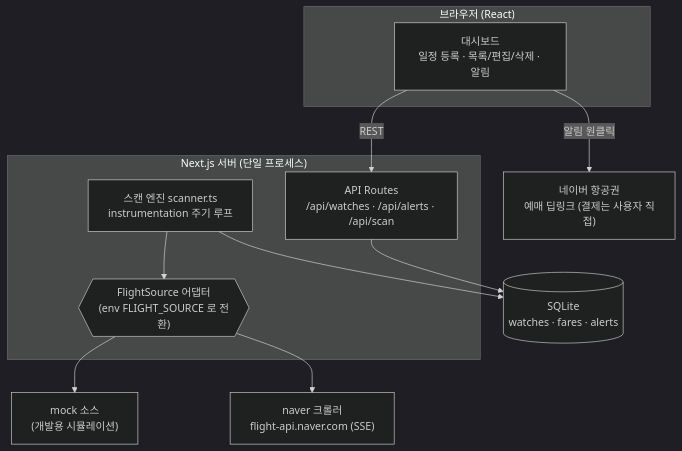
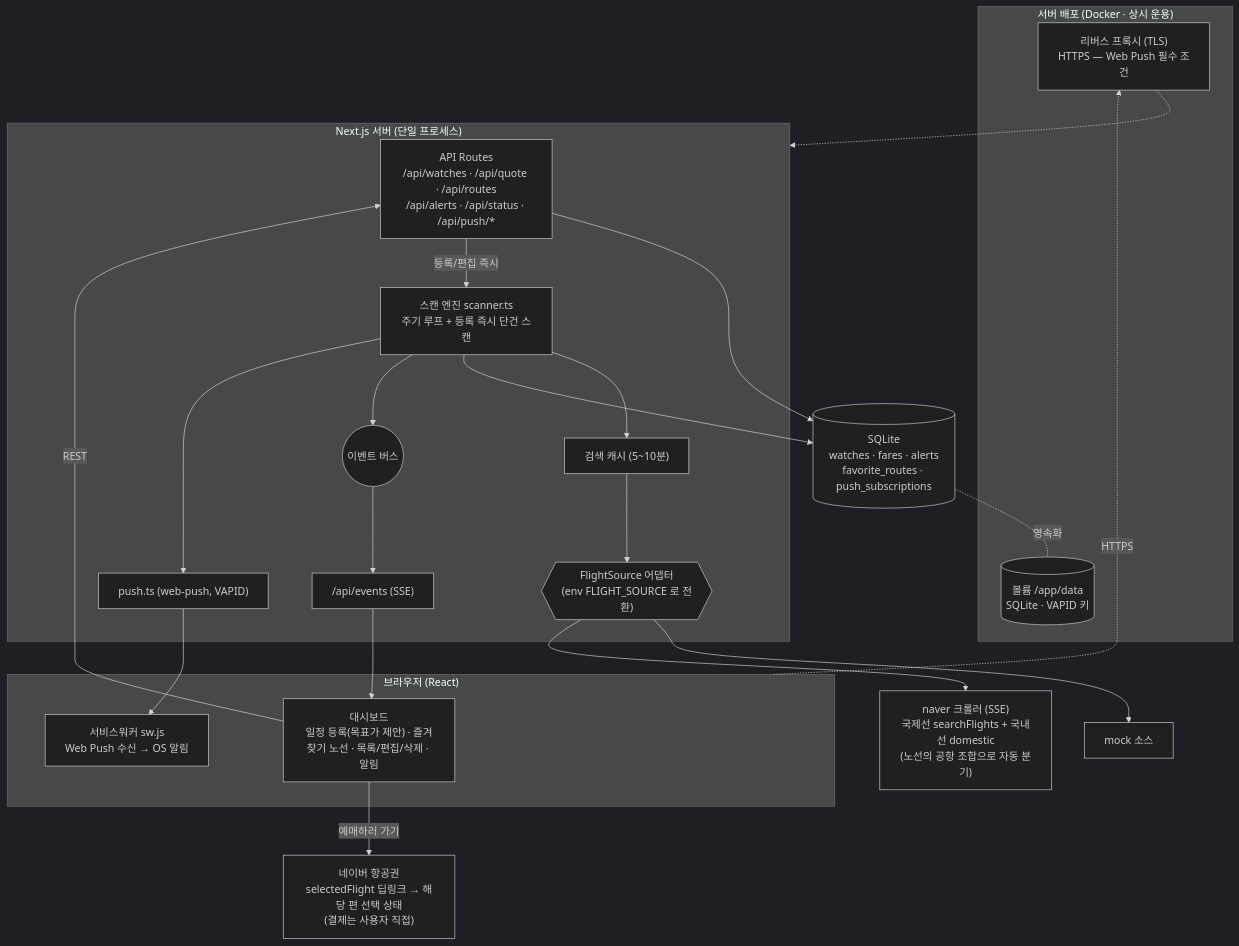
The diagram in src/docs/diagrams/architecture.md (noachilles/plane-scan), drawn with Mermaid (dark theme) before and after one commit. The commit also changed other lines of this file and 41 other files, not shown here.

````diff
--- a/src/docs/diagrams/architecture.md
+++ b/src/docs/diagrams/architecture.md
@@ -5,25 +5,41 @@
 ```mermaid
 flowchart TB
+  subgraph Deploy["서버 배포 (Docker · 상시 운용)"]
+    PROXY["리버스 프록시 (TLS)<br/>HTTPS — Web Push 필수 조건"]
+    VOL[("볼륨 /app/data<br/>SQLite · VAPID 키")]
+  end
+
   subgraph Client["브라우저 (React)"]
-    UI["대시보드<br/>일정 등록 · 목록/편집/삭제 · 알림"]
+    UI["대시보드<br/>일정 등록(목표가 제안) · 즐겨찾기 노선 · 목록/편집/삭제 · 알림"]
+    SW["서비스워커 sw.js<br/>Web Push 수신 → OS 알림"]
   end
 
   subgraph Server["Next.js 서버 (단일 프로세스)"]
-    API["API Routes<br/>/api/watches · /api/alerts · /api/scan"]
-    SCAN["스캔 엔진 scanner.ts<br/>instrumentation 주기 루프"]
+    API["API Routes<br/>/api/watches · /api/quote · /api/routes<br/>/api/alerts · /api/status · /api/push/*"]
+    SSE["/api/events (SSE)"]
+    BUS(("이벤트 버스"))
+    SCAN["스캔 엔진 scanner.ts<br/>주기 루프 + 등록 즉시 단건 스캔"]
+    CACHE["검색 캐시 (5~10분)"]
     SRC{{"FlightSource 어댑터<br/>(env FLIGHT_SOURCE 로 전환)"}}
+    PUSH["push.ts (web-push, VAPID)"]
   end
 
-  DB[("SQLite<br/>watches · fares · alerts")]
-  MOCK["mock 소스<br/>(개발용 시뮬레이션)"]
-  NAVER["naver 크롤러<br/>flight-api.naver.com (SSE)"]
-  EXT["네이버 항공권<br/>예매 딥링크 (결제는 사용자 직접)"]
+  DB[("SQLite<br/>watches · fares · alerts<br/>favorite_routes · push_subscriptions")]
+  MOCK["mock 소스"]
+  NAVER["naver 크롤러 (SSE)<br/>국제선 searchFlights + 국내선 domestic<br/>(노선의 공항 조합으로 자동 분기)"]
+  EXT["네이버 항공권<br/>selectedFlight 딥링크 → 해당 편 선택 상태<br/>(결제는 사용자 직접)"]
+
+  Client -. HTTPS .-> PROXY -.-> Server
+  DB -.영속화.- VOL
 
   UI -- REST --> API
   API --> DB
-  SCAN --> SRC
+  API -- 등록/편집 즉시 --> SCAN
+  SCAN --> CACHE --> SRC
   SRC --> MOCK
   SRC --> NAVER
   SCAN --> DB
-  UI -- "알림 원클릭" --> EXT
+  SCAN --> BUS --> SSE --> UI
+  SCAN --> PUSH --> SW
+  UI -- "예매하러 가기" --> EXT
 ```
````
